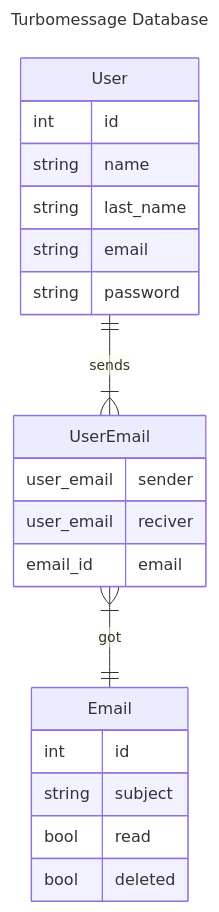
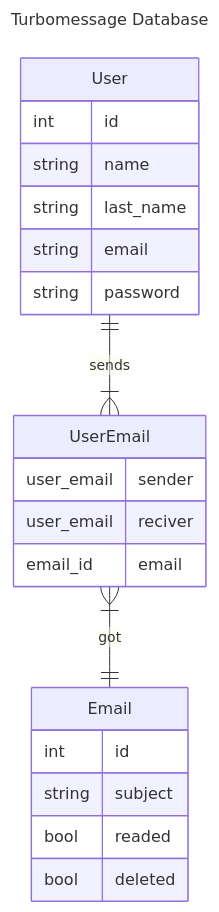
The diagram in README.md (Tanque40/proyecto_omega_sistemas_distribuidos), drawn with Mermaid before and after one commit. The commit also changed 9 other files, not shown here.

````diff
--- a/README.md
+++ b/README.md
@@ -32,29 +32,29 @@
 ```mermaid
 ---
 title: Turbomessage Database
 ---
 erDiagram
     User ||--|{ UserEmail : sends
     UserEmail }|--|| Email: got
 
     User {
         int id
         string name
         string last_name
         string email
         string password
     }
 
     Email{
         int id
         string subject
-        bool read
+        bool readed
         bool deleted
     }
 
     UserEmail{
         user_email sender
         user_email reciver
         email_id email
     }
 ```
````
